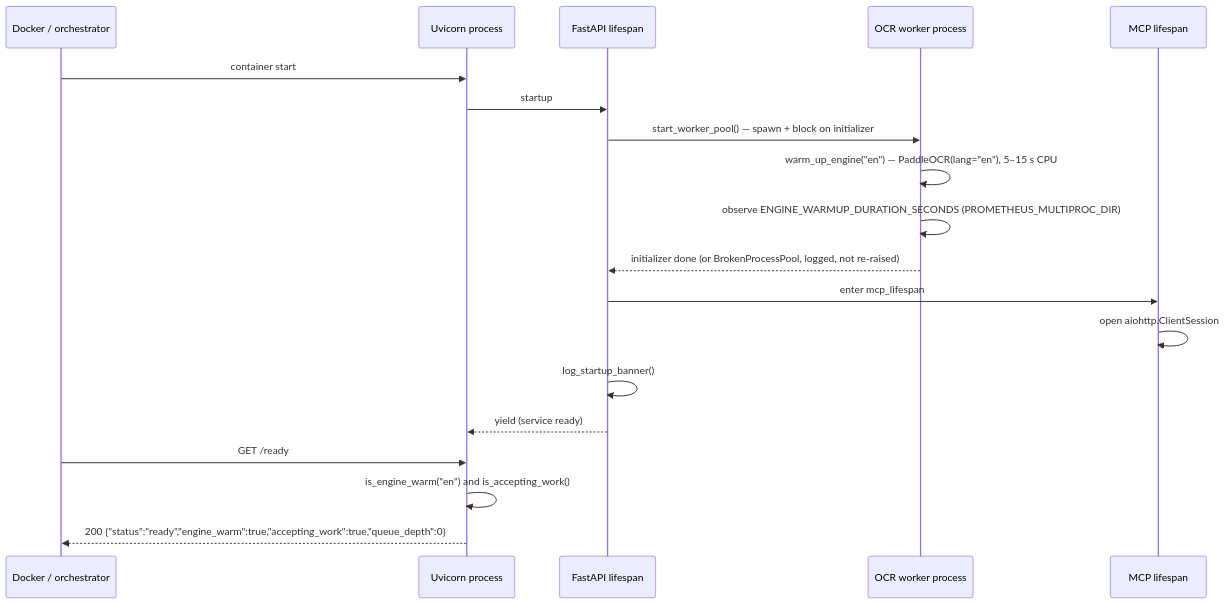
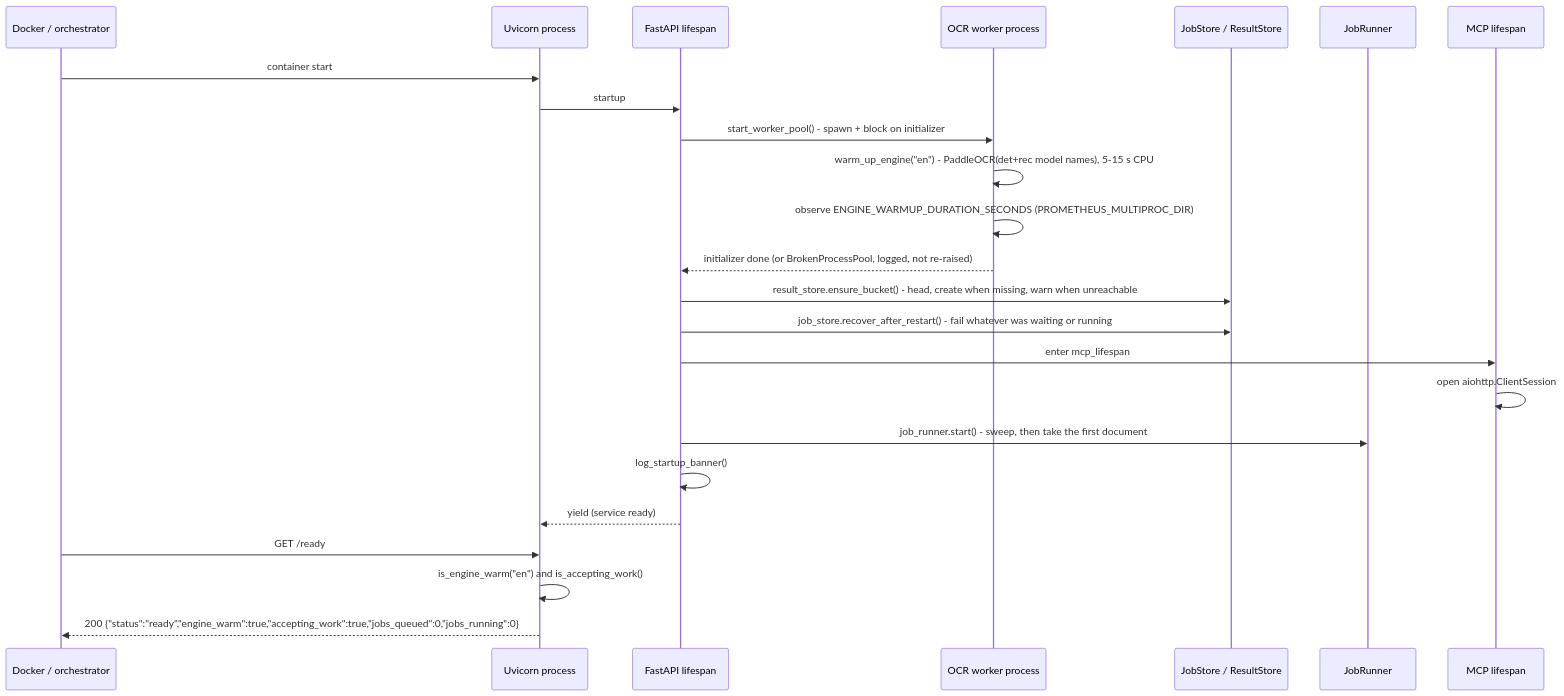
One commit to Lukk17/AscendAI changed the first of 4 diagrams in apps/ascend-ocr/docs/architecture/arc42/06-runtime-view.md. Above: the diagram before and after it, drawn with Mermaid. The commit also changed other lines of this file and 1022 other files, not shown here.

First line of the commit message:
feat(ocr): move ascend-ocr to a job interface, add Pact contract tests and release six services (#5)

````diff
--- a/apps/ascend-ocr/docs/architecture/arc42/06-runtime-view.md
+++ b/apps/ascend-ocr/docs/architecture/arc42/06-runtime-view.md
@@ -7,22 +7,27 @@
 ```mermaid
 sequenceDiagram
     participant Docker as Docker / orchestrator
     participant Uvicorn as Uvicorn process
     participant Lifespan as FastAPI lifespan
     participant Pool as OCR worker process
+    participant Store as JobStore / ResultStore
+    participant Runner as JobRunner
     participant MCPLife as MCP lifespan
 
     Docker->>Uvicorn: container start
     Uvicorn->>Lifespan: startup
-    Lifespan->>Pool: start_worker_pool() — spawn + block on initializer
-    Pool->>Pool: warm_up_engine("en") — PaddleOCR(lang="en"), 5–15 s CPU
+    Lifespan->>Pool: start_worker_pool() - spawn + block on initializer
+    Pool->>Pool: warm_up_engine("en") - PaddleOCR(det+rec model names), 5-15 s CPU
     Pool->>Pool: observe ENGINE_WARMUP_DURATION_SECONDS (PROMETHEUS_MULTIPROC_DIR)
     Pool-->>Lifespan: initializer done (or BrokenProcessPool, logged, not re-raised)
+    Lifespan->>Store: result_store.ensure_bucket() - head, create when missing, warn when unreachable
+    Lifespan->>Store: job_store.recover_after_restart() - fail whatever was waiting or running
     Lifespan->>MCPLife: enter mcp_lifespan
     MCPLife->>MCPLife: open aiohttp.ClientSession
+    Lifespan->>Runner: job_runner.start() - sweep, then take the first document
     Lifespan->>Lifespan: log_startup_banner()
     Lifespan-->>Uvicorn: yield (service ready)
     Docker->>Uvicorn: GET /ready
     Uvicorn->>Uvicorn: is_engine_warm("en") and is_accepting_work()
-    Uvicorn-->>Docker: 200 {"status":"ready","engine_warm":true,"accepting_work":true,"queue_depth":0}
+    Uvicorn-->>Docker: 200 {"status":"ready","engine_warm":true,"accepting_work":true,"jobs_queued":0,"jobs_running":0}
 ```
````
